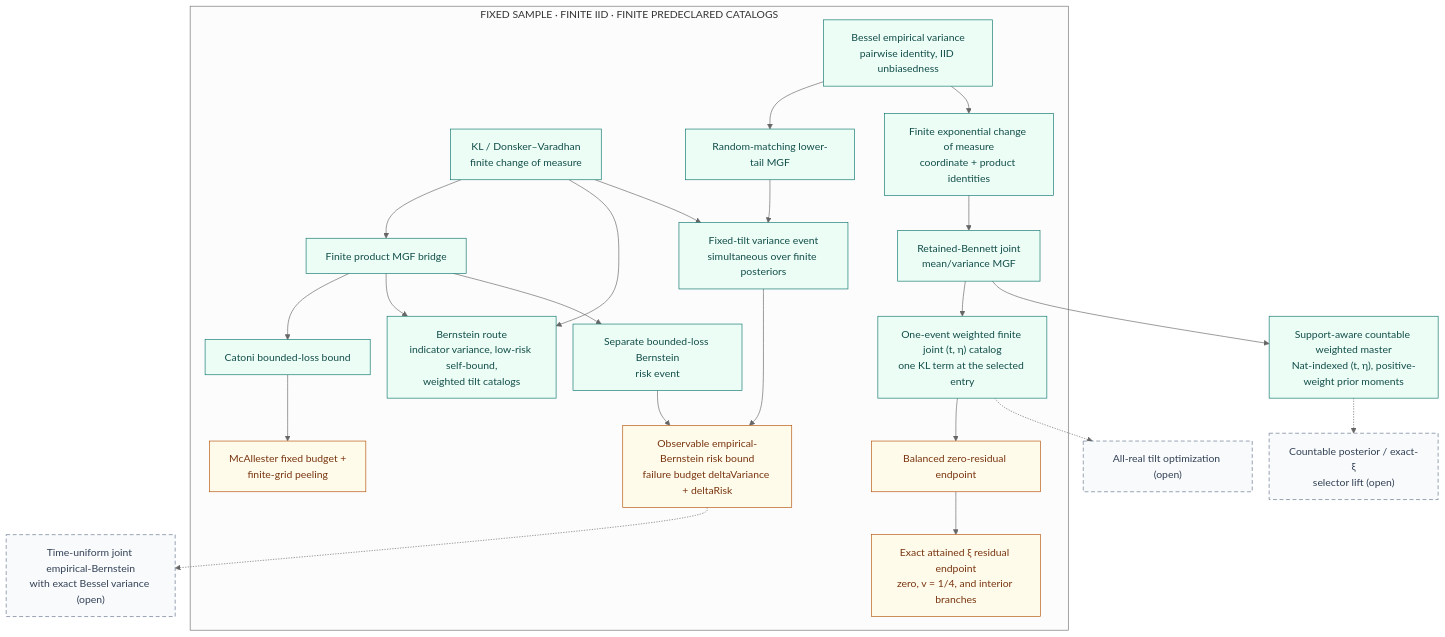
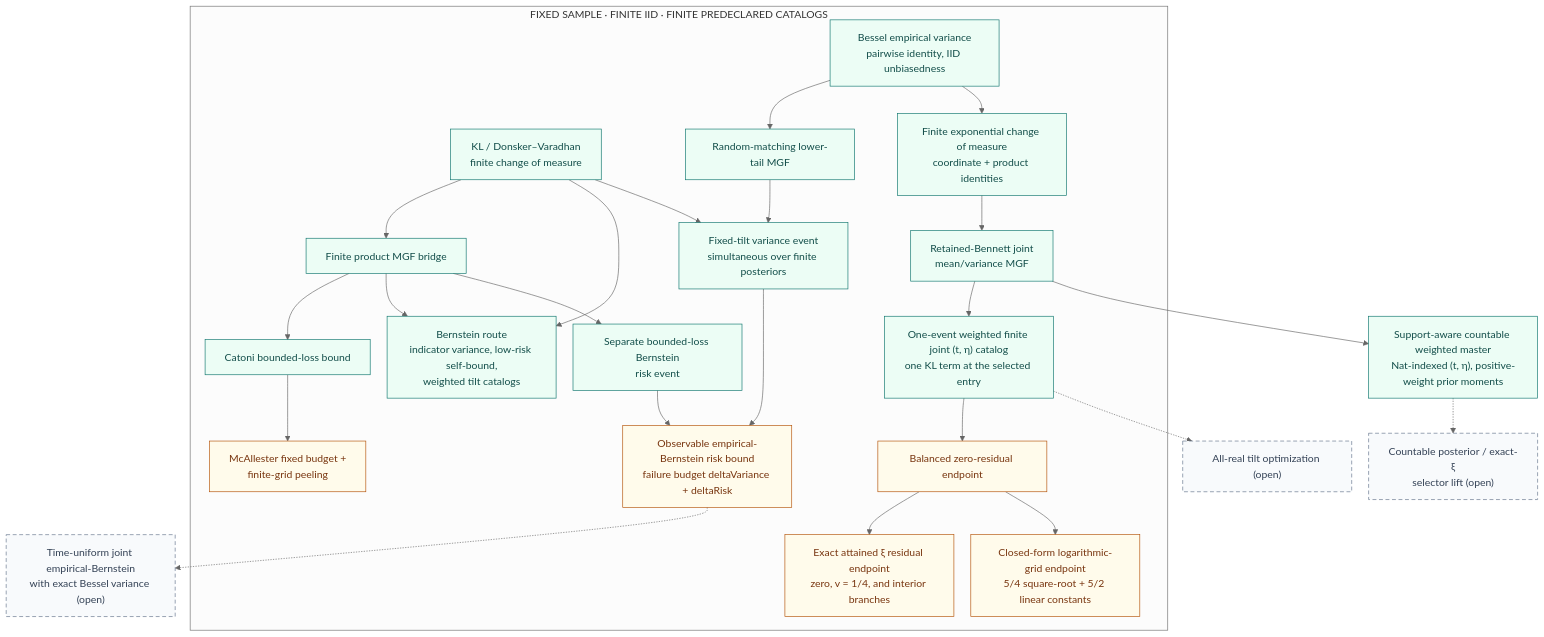
Before and after one commit to Robby955/FormalSLT: the third of 4 diagrams in docs/diagrams.md, drawn with Mermaid. The commit also changed other lines of this file and 29 other files, not shown here.

Commit message:
feat(pac-bayes): add closed-form empirical Bernstein flagship

````diff
--- a/docs/diagrams.md
+++ b/docs/diagrams.md
@@ -122,53 +122,55 @@
 ```mermaid
 %%{init: {'theme': 'neutral', 'flowchart': {'rankSpacing': 42, 'nodeSpacing': 26}}}%%
 flowchart TD
     subgraph scope["FIXED SAMPLE &middot; FINITE IID &middot; FINITE PREDECLARED CATALOGS"]
         kl["KL / Donsker–Varadhan<br/>finite change of measure"]
         pmgf["Finite product MGF bridge"]
         catoni["Catoni bounded-loss bound"]
         mcallester["McAllester fixed budget +<br/>finite-grid peeling"]
         bern["Bernstein route<br/>indicator variance, low-risk self-bound,<br/>weighted tilt catalogs"]
         bessel["Bessel empirical variance<br/>pairwise identity, IID unbiasedness"]
         matching["Random-matching lower-tail MGF"]
         varevent["Fixed-tilt variance event<br/>simultaneous over finite posteriors"]
         riskevent["Separate bounded-loss Bernstein<br/>risk event"]
         ebrisk["Observable empirical-Bernstein risk bound<br/>failure budget deltaVariance + deltaRisk"]
         tilt["Finite exponential change of measure<br/>coordinate + product identities"]
         jointmgf["Retained-Bennett joint<br/>mean/variance MGF"]
         jointcat["One-event weighted finite joint (t, η) catalog<br/>one KL term at the selected entry"]
         zerores["Balanced zero-residual endpoint"]
         xires["Exact attained ξ residual endpoint<br/>zero, v = 1/4, and interior branches"]
+        sqrtbound["Closed-form logarithmic-grid endpoint<br/>5/4 square-root + 5/2 linear constants"]
     end
     countablemaster["Support-aware countable weighted master<br/>Nat-indexed (t, η), positive-weight prior moments"]
     countableposterior["Countable posterior / exact-ξ<br/>selector lift (open)"]
     allreal["All-real tilt optimization (open)"]
     tueb["Time-uniform joint empirical-Bernstein<br/>with exact Bessel variance (open)"]
 
     kl --> pmgf
     pmgf --> catoni
     catoni --> mcallester
     kl --> bern
     pmgf --> bern
     bessel --> matching
     matching --> varevent
     kl --> varevent
     pmgf --> riskevent
     varevent --> ebrisk
     riskevent --> ebrisk
     bessel --> tilt
     tilt --> jointmgf
     jointmgf --> jointcat
     jointcat --> zerores
     zerores --> xires
+    zerores --> sqrtbound
     jointmgf --> countablemaster
     countablemaster -.-> countableposterior
     jointcat -.-> allreal
     ebrisk -.-> tueb
 
     classDef checked fill:#ecfdf5,stroke:#0f766e,color:#134e4a;
     classDef endpointNode fill:#fffbeb,stroke:#b45309,color:#78350f;
     classDef open fill:#f8fafc,stroke:#64748b,color:#334155,stroke-dasharray:6 4;
     class kl,pmgf,catoni,bern,bessel,matching,varevent,riskevent,tilt,jointmgf,jointcat,countablemaster checked;
-    class mcallester,ebrisk,zerores,xires endpointNode;
+    class mcallester,ebrisk,zerores,xires,sqrtbound endpointNode;
     class countableposterior,allreal,tueb open;
 ```
````
